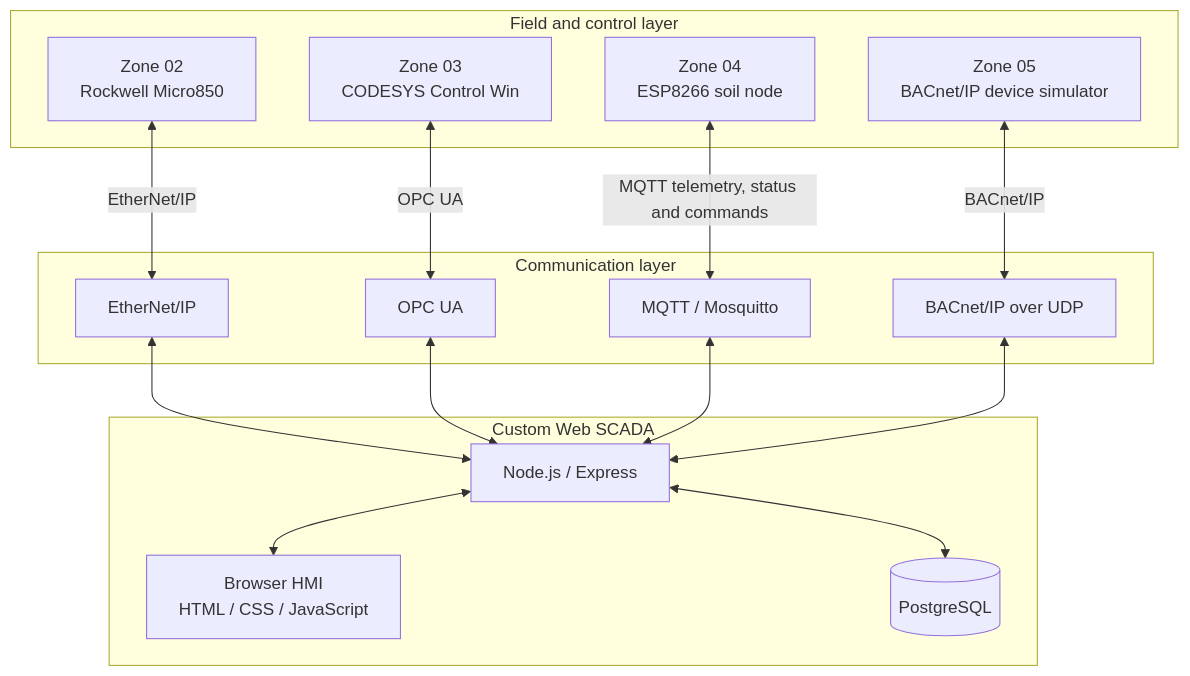
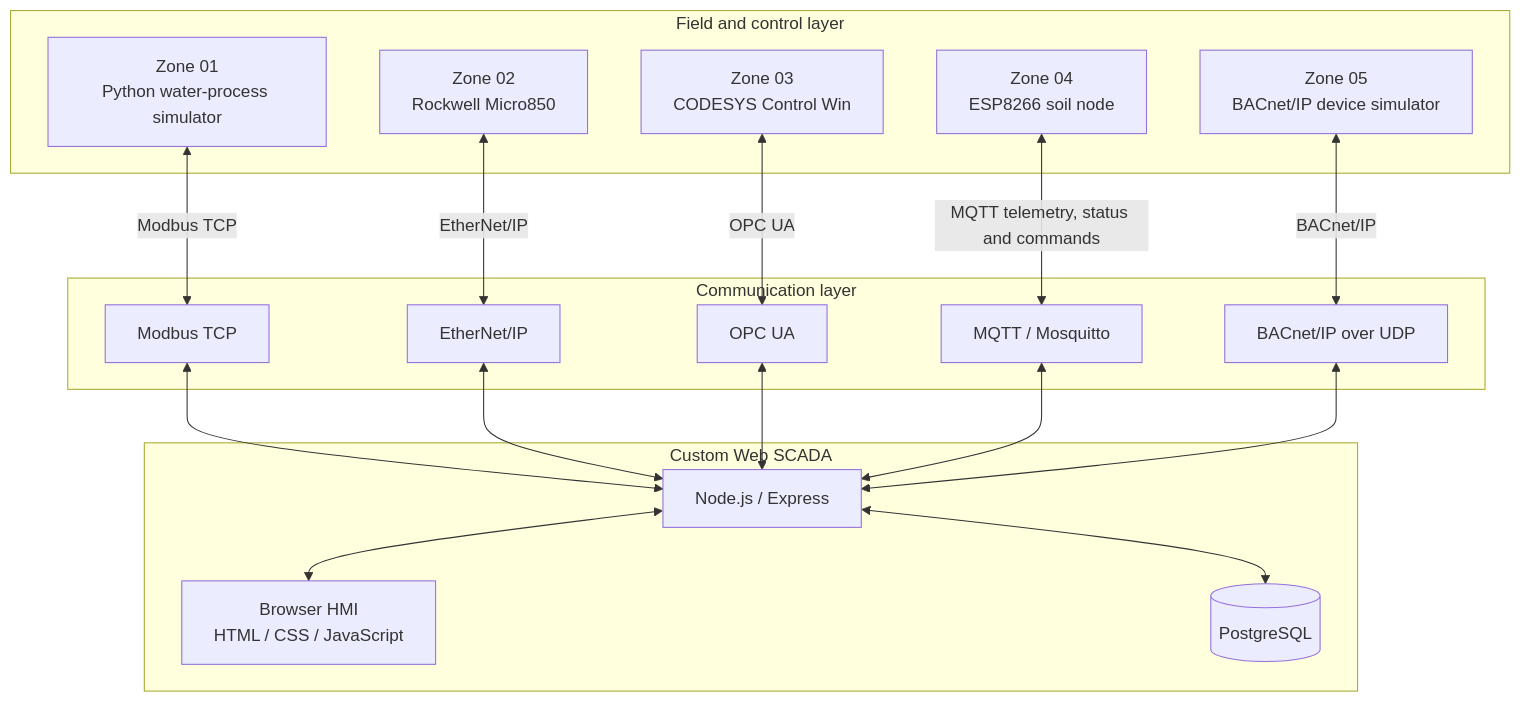
Before and after one commit to Radfar/building-irrigation-scada: the diagram in README.md, drawn with Mermaid. The commit also changed other lines of this file and 1 other file, not shown here.

Commit message:
Document Zone 01 shared historian coverage (#10)

````diff
--- a/README.md
+++ b/README.md
@@ -18,33 +19,37 @@
 ```mermaid
 flowchart TB
   subgraph FIELD["Field and control layer"]
+    Z1["Zone 01<br/>Python water-process simulator"]
     Z2["Zone 02<br/>Rockwell Micro850"]
     Z3["Zone 03<br/>CODESYS Control Win"]
     Z4["Zone 04<br/>ESP8266 soil node"]
     Z5["Zone 05<br/>BACnet/IP device simulator"]
   end
 
   subgraph COMM["Communication layer"]
+    MOD["Modbus TCP"]
     EIP["EtherNet/IP"]
     OPC["OPC UA"]
     MQTT["MQTT / Mosquitto"]
     BAC["BACnet/IP over UDP"]
   end
 
   subgraph APP["Custom Web SCADA"]
     BE["Node.js / Express"]
     FE["Browser HMI<br/>HTML / CSS / JavaScript"]
     DB[("PostgreSQL")]
   end
 
+  Z1 <-->|"Modbus TCP"| MOD
   Z2 <-->|"EtherNet/IP"| EIP
   Z3 <-->|"OPC UA"| OPC
   Z4 <-->|"MQTT telemetry, status and commands"| MQTT
   Z5 <-->|"BACnet/IP"| BAC
+  MOD <--> BE
   EIP <--> BE
   OPC <--> BE
   MQTT <--> BE
   BAC <--> BE
   BE <--> FE
   BE <--> DB
 ```
````
